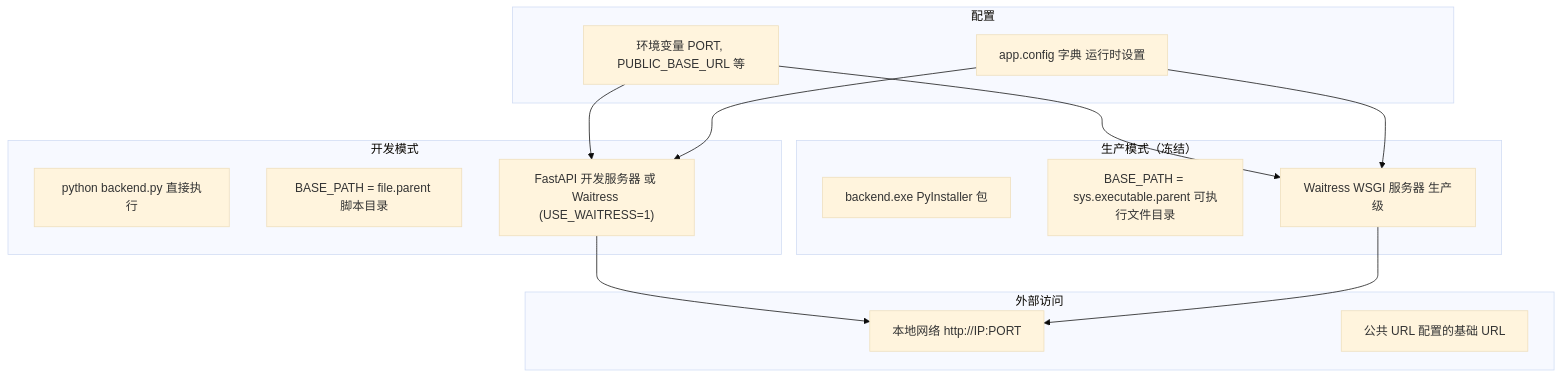
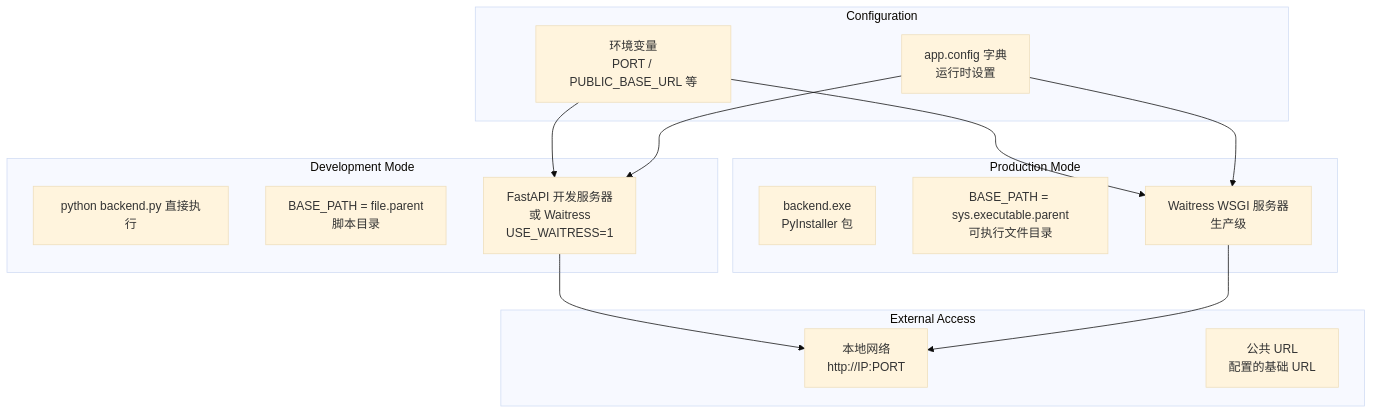
Before and after one commit to HKLHaoBin/LyricSphere: diagram 18 of 44 in README.md, drawn with Mermaid (base theme). The commit also changed other lines of this file, not shown here.

First line of the commit message:
docs: 优化README中的流程图和序列图格式

````diff
--- a/README.md
+++ b/README.md
@@ -1235,43 +1235,43 @@
 ```mermaid
 flowchart TD
     DevScript["python backend.py 直接执行"]
-    DevPath["BASE_PATH = file.parent 脚本目录"]
-    DevServer["FastAPI 开发服务器 或 Waitress (USE_WAITRESS=1)"]
-    FrozenExe["backend.exe PyInstaller 包"]
-    FrozenPath["BASE_PATH = sys.executable.parent 可执行文件目录"]
-    WaitressServer["Waitress WSGI 服务器 生产级"]
-    EnvVars["环境变量 PORT, PUBLIC_BASE_URL 等"]
-    ConfigDict["app.config 字典 运行时设置"]
-    LocalNetwork["本地网络 http://IP:PORT"]
-    PublicURL["公共 URL 配置的基础 URL"]
+    DevPath["BASE_PATH = file.parent<br/>脚本目录"]
+    DevServer["FastAPI 开发服务器<br/>或 Waitress<br/>USE_WAITRESS=1"]
+    FrozenExe["backend.exe<br/>PyInstaller 包"]
+    FrozenPath["BASE_PATH = sys.executable.parent<br/>可执行文件目录"]
+    WaitressServer["Waitress WSGI 服务器<br/>生产级"]
+    EnvVars["环境变量<br/>PORT / PUBLIC_BASE_URL 等"]
+    ConfigDict["app.config 字典<br/>运行时设置"]
+    LocalNetwork["本地网络<br/>http://IP:PORT"]
+    PublicURL["公共 URL<br/>配置的基础 URL"]
 
     EnvVars --> DevServer
     EnvVars --> WaitressServer
     ConfigDict --> DevServer
     ConfigDict --> WaitressServer
     DevServer --> LocalNetwork
     WaitressServer --> LocalNetwork
 
-    subgraph ExternalAccess[外部访问]
+    subgraph ExternalAccess["External Access"]
         LocalNetwork
         PublicURL
     end
 
-    subgraph Configuration[配置]
+    subgraph Configuration["Configuration"]
         EnvVars
         ConfigDict
     end
 
-    subgraph ProductionMode[生产模式（冻结）]
+    subgraph ProductionMode["Production Mode"]
         FrozenExe
         FrozenPath
         WaitressServer
     end
 
-    subgraph DevelopmentMode[开发模式]
+    subgraph DevelopmentMode["Development Mode"]
         DevScript
         DevPath
         DevServer
     end
 
 ```
````
